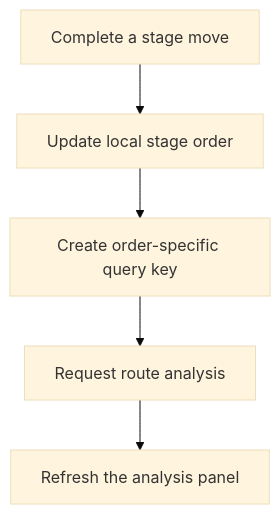
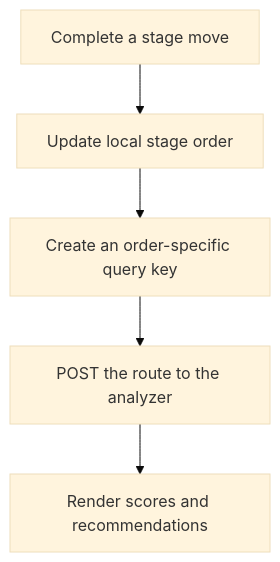
Before and after one commit to Danyaell/maverick-labs-fe: the first of 2 diagrams in README.md, drawn with Mermaid (base theme). The commit also changed other lines of this file and 2 other files, not shown here.

````diff
--- a/README.md
+++ b/README.md
@@ -110,7 +131,7 @@
 ```mermaid
 flowchart TD
     A[Complete a stage move] --> B[Update local stage order]
-    B --> C[Create order-specific query key]
-    C --> D[Request route analysis]
-    D --> E[Refresh the analysis panel]
+    B --> C[Create an order-specific query key]
+    C --> D[POST the route to the analyzer]
+    D --> E[Render scores and recommendations]
 ```
````
